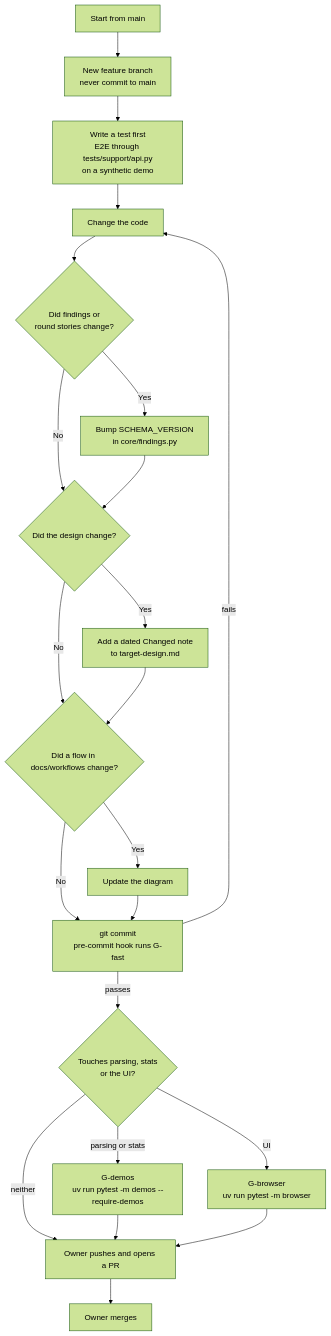
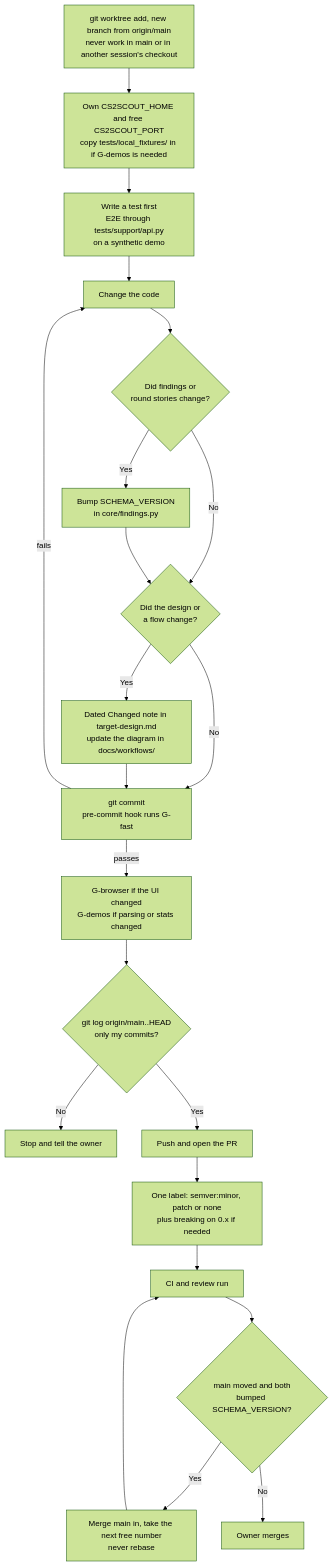
The second of 3 diagrams in docs/workflows/dev-workflow.md (GeorgeMac06/CS2-demo-analyser), drawn with Mermaid (forest theme) before and after one commit. The commit also changed other lines of this file and 3 other files, not shown here.

````diff
--- a/docs/workflows/dev-workflow.md
+++ b/docs/workflows/dev-workflow.md
@@ -44,24 +47,24 @@
 ```mermaid
 flowchart TD
-  A["Start from main"] --> B["New feature branch<br/>never commit to main"]
+  A["git worktree add, new branch from origin/main<br/>never work in main or in another session's checkout"] --> B["Own CS2SCOUT_HOME and free CS2SCOUT_PORT<br/>copy tests/local_fixtures/ in if G-demos is needed"]
   B --> C["Write a test first<br/>E2E through tests/support/api.py<br/>on a synthetic demo"]
   C --> D["Change the code"]
   D --> E{"Did findings or<br/>round stories change?"}
   E -->|Yes| F["Bump SCHEMA_VERSION<br/>in core/findings.py"]
   E -->|No| G
-  F --> G{"Did the design change?"}
-  G -->|Yes| H["Add a dated Changed note<br/>to target-design.md"]
-  G -->|No| I
-  H --> I{"Did a flow in docs/workflows change?"}
-  I -->|Yes| J["Update the diagram"]
-  I -->|No| K
-  J --> K["git commit<br/>pre-commit hook runs G-fast"]
+  F --> G{"Did the design or<br/>a flow change?"}
+  G -->|Yes| H["Dated Changed note in target-design.md<br/>update the diagram in docs/workflows/"]
+  G -->|No| K
+  H --> K["git commit<br/>pre-commit hook runs G-fast"]
   K -->|fails| D
-  K -->|passes| L{"Touches parsing, stats<br/>or the UI?"}
-  L -->|parsing or stats| M["G-demos<br/>uv run pytest -m demos --require-demos"]
-  L -->|UI| N["G-browser<br/>uv run pytest -m browser"]
-  L -->|neither| P
-  M --> P["Owner pushes and opens a PR"]
-  N --> P
-  P --> Q["Owner merges"]
+  K -->|passes| L["G-browser if the UI changed<br/>G-demos if parsing or stats changed"]
+  L --> M{"git log origin/main..HEAD<br/>only my commits?"}
+  M -->|No| STOP["Stop and tell the owner"]
+  M -->|Yes| N["Push and open the PR"]
+  N --> P["One label: semver:minor, patch or none<br/>plus breaking on 0.x if needed"]
+  P --> Q["CI and review run"]
+  Q --> R{"main moved and both<br/>bumped SCHEMA_VERSION?"}
+  R -->|Yes| S["Merge main in, take the next free number<br/>never rebase"]
+  S --> Q
+  R -->|No| T["Owner merges"]
 ```
````
